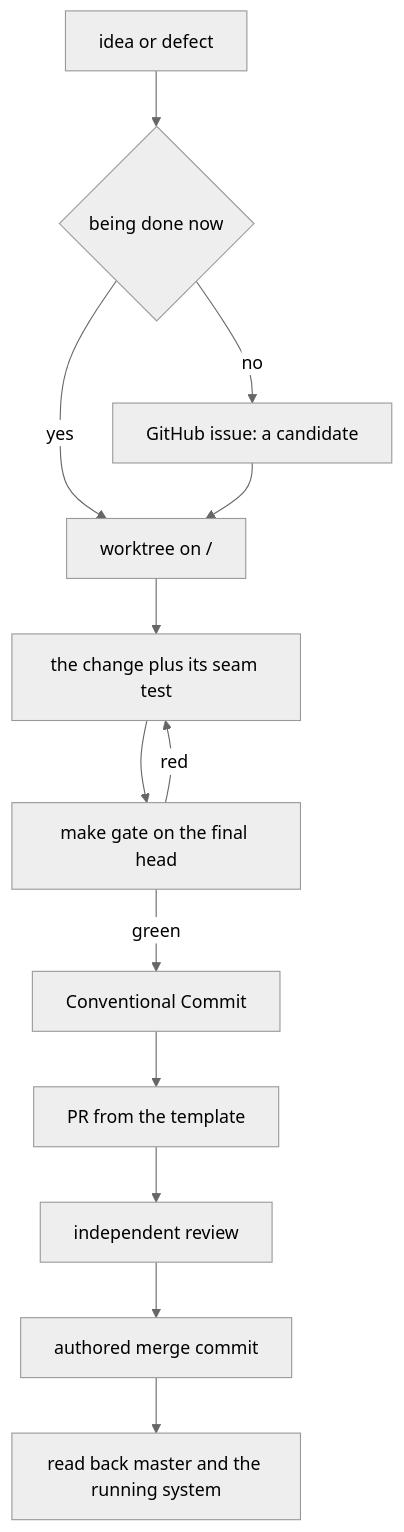
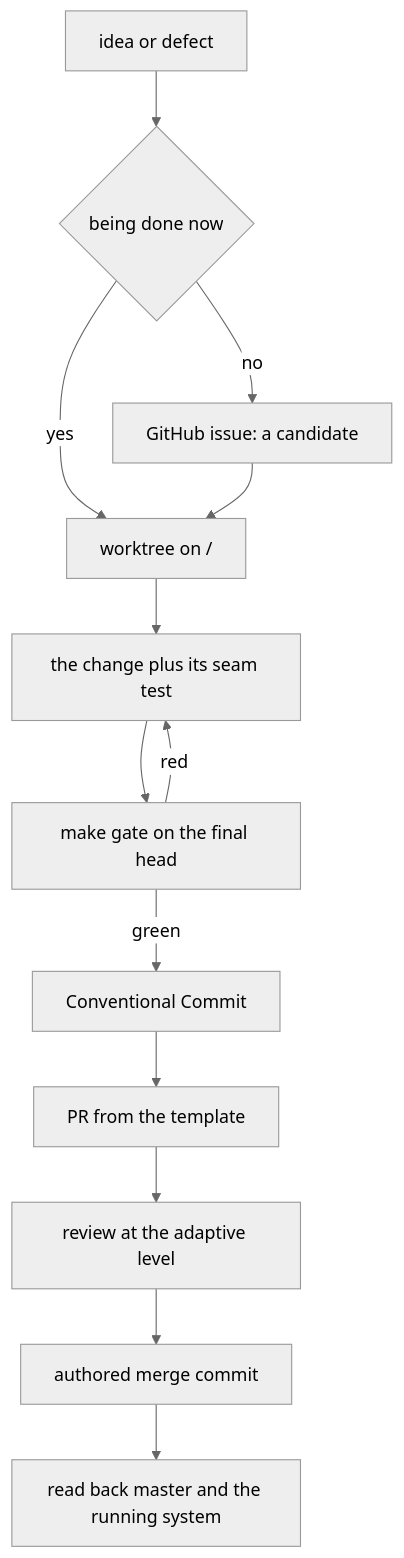
The first of 2 diagrams in openwiki/contributing/changing-the-system.md (mikeng-io/nora), drawn with Mermaid (neutral theme) before and after one commit. The commit also changed 3 other files, not shown here.

````diff
--- a/openwiki/contributing/changing-the-system.md
+++ b/openwiki/contributing/changing-the-system.md
@@ -121,15 +121,15 @@
 ```mermaid
 flowchart TD
   A["idea or defect"] --> B{"being done now"}
   B -- "yes" --> C["worktree on <type>/<kebab-slug>"]
   B -- "no" --> D["GitHub issue: a candidate"]
   D --> C
   C --> E["the change plus its seam test"]
   E --> F["make gate on the final head"]
   F -- "red" --> E
   F -- "green" --> G["Conventional Commit"]
   G --> H["PR from the template"]
-  H --> I["independent review"]
+  H --> I["review at the adaptive level"]
   I --> J["authored merge commit"]
   J --> K["read back master and the running system"]
 ```
````
